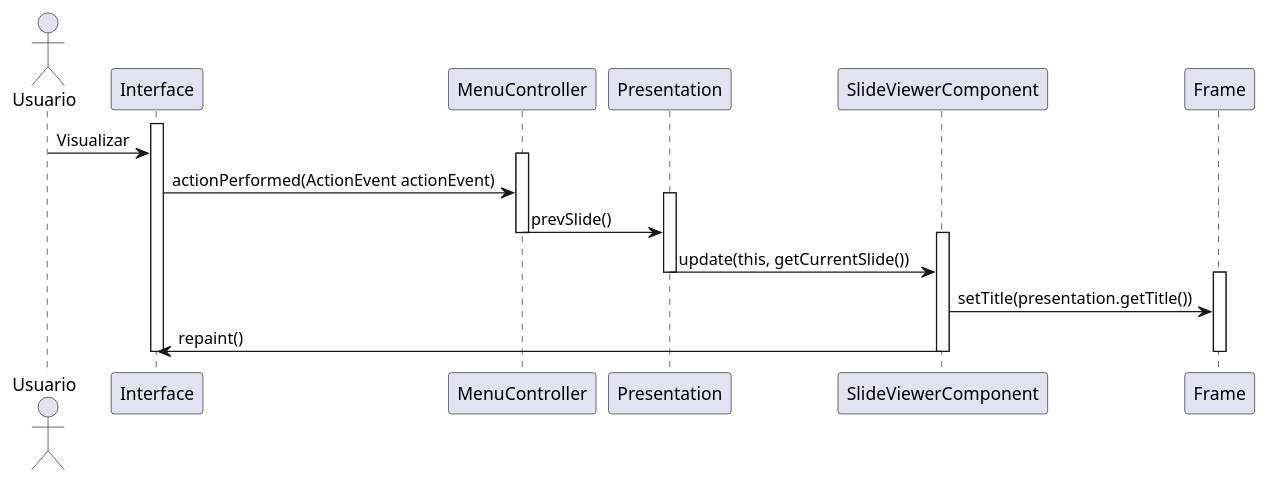
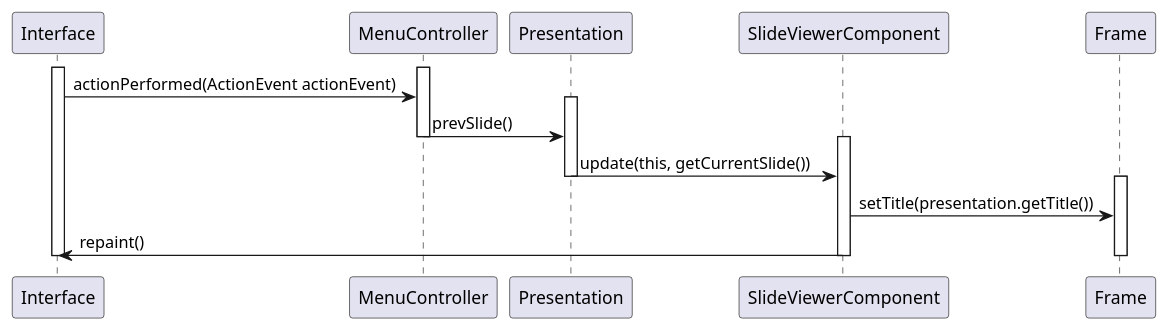
Before and after one commit to gabrielrtlima/diagramas-padroes-projeto: the diagram in sequencias/anteriorItem.puml, drawn with PlantUML. The commit also changed 4 other files, not shown here.

Commit message:
tirand o ator do diagrama de sequencia

```diff
--- a/sequencias/anteriorItem.puml
+++ b/sequencias/anteriorItem.puml
@@ -1,26 +1,22 @@
 @startuml
 
-Actor Usuario as Usuario
-
 Activate Interface
-Usuario -> Interface : Visualizar
-
 Activate MenuController
 Interface -> MenuController : actionPerformed(ActionEvent actionEvent)
 
 Activate Presentation
 MenuController -> Presentation : prevSlide()
 Deactivate MenuController
 
 Activate SlideViewerComponent
 Presentation -> SlideViewerComponent : update(this, getCurrentSlide())
 Deactivate Presentation
 
 Activate Frame
 SlideViewerComponent -> Frame : setTitle(presentation.getTitle())
 SlideViewerComponent -> Interface : repaint()
 Deactivate Frame
 Deactivate SlideViewerComponent
 Deactivate Interface
 
 @enduml
```
